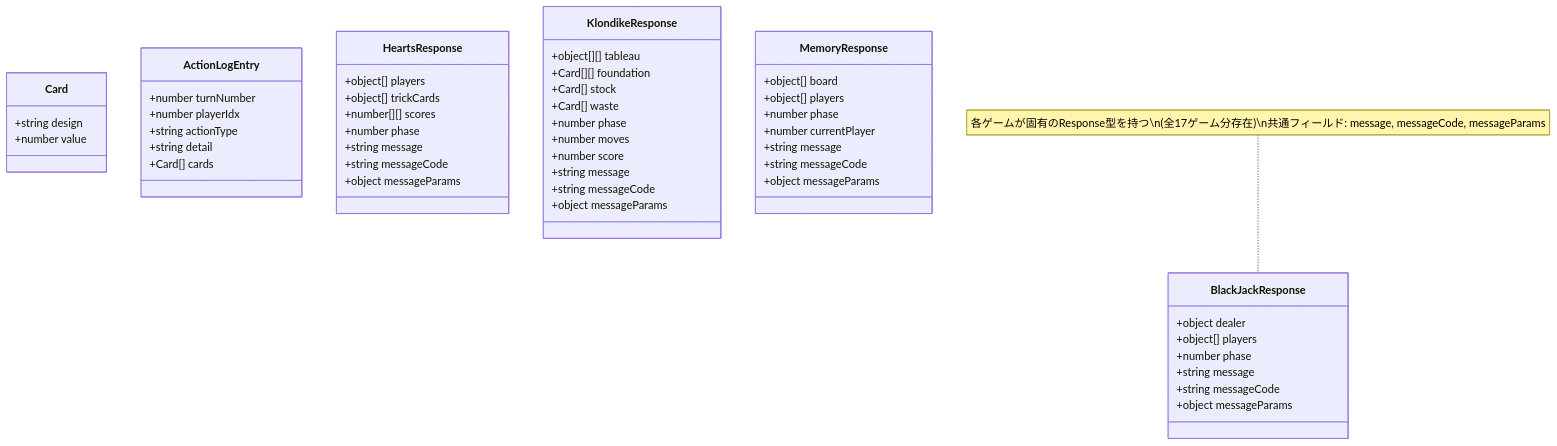
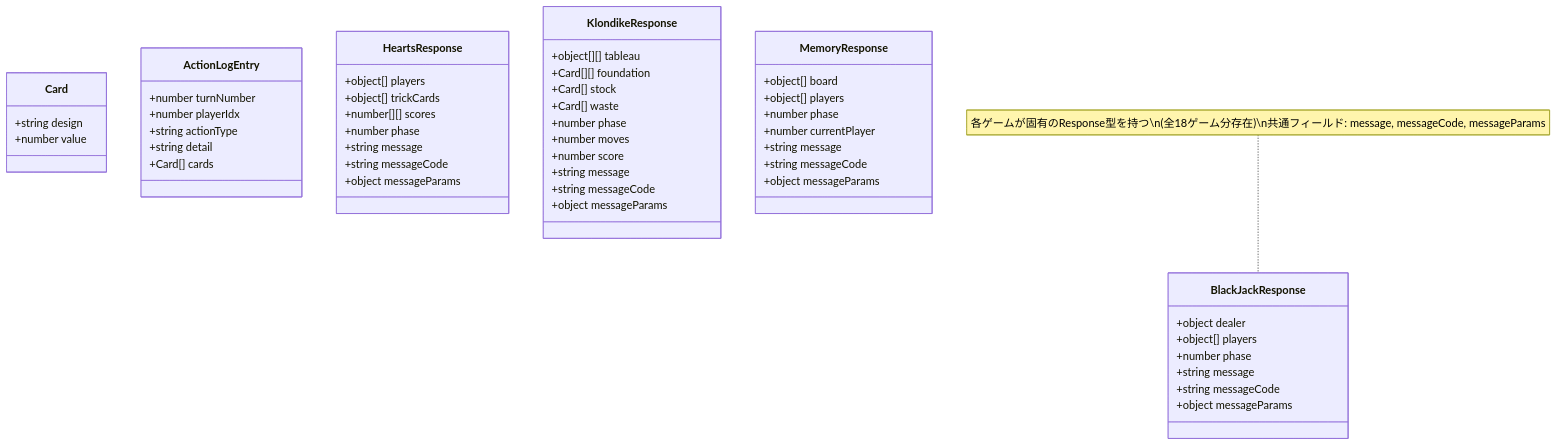
Before and after one commit to yuta-yoshinaga/go_trumpcards: the first of 16 diagrams in docs/design/frontend.md, drawn with Mermaid. The commit also changed other lines of this file and 51 other files, not shown here.

````diff
--- a/docs/design/frontend.md
+++ b/docs/design/frontend.md
@@ -32,59 +32,59 @@
 ```mermaid
 classDiagram
     class Card {
         +string design
         +number value
     }
 
     class ActionLogEntry {
         +number turnNumber
         +number playerIdx
         +string actionType
         +string detail
         +Card[] cards
     }
 
     class BlackJackResponse {
         +object dealer
         +object[] players
         +number phase
         +string message
         +string messageCode
         +object messageParams
     }
 
     class HeartsResponse {
         +object[] players
         +object[] trickCards
         +number[][] scores
         +number phase
         +string message
         +string messageCode
         +object messageParams
     }
 
     class KlondikeResponse {
         +object[][] tableau
         +Card[][] foundation
         +Card[] stock
         +Card[] waste
         +number phase
         +number moves
         +number score
         +string message
         +string messageCode
         +object messageParams
     }
 
     class MemoryResponse {
         +object[] board
         +object[] players
         +number phase
         +number currentPlayer
         +string message
         +string messageCode
         +object messageParams
     }
 
-    note for BlackJackResponse "各ゲームが固有のResponse型を持つ\n(全17ゲーム分存在)\n共通フィールド: message, messageCode, messageParams"
+    note for BlackJackResponse "各ゲームが固有のResponse型を持つ\n(全18ゲーム分存在)\n共通フィールド: message, messageCode, messageParams"
 ```
````
